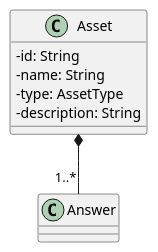
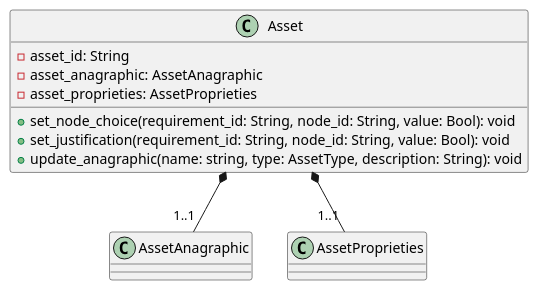
The diagram in src/PB/DocumentazioneEsterna/Specifica_Tecnica/content/uml/puml/Diagrammi_classi/Backend/Domain/Asset.puml (GroupRubberDuck/Documentazione), drawn with PlantUML before and after one commit. The commit also changed 13 other files, not shown here.

```diff
--- a/src/PB/DocumentazioneEsterna/Specifica_Tecnica/content/uml/puml/Diagrammi_classi/Backend/Domain/Asset.puml
+++ b/src/PB/DocumentazioneEsterna/Specifica_Tecnica/content/uml/puml/Diagrammi_classi/Backend/Domain/Asset.puml
@@ -1,14 +1,15 @@
 @startuml Asset
-skinparam linetype ortho
-skinparam classAttributeIconSize 0
 
 class Asset {
-    - id: String
-    - name: String
-    - type: AssetType
-    - description: String
+    - asset_id: String
+    - asset_anagraphic: AssetAnagraphic
+    - asset_proprieties: AssetProprieties
+    + set_node_choice(requirement_id: String, node_id: String, value: Bool): void
+    + set_justification(requirement_id: String, node_id: String, value: Bool): void
+    + update_anagraphic(name: string, type: AssetType, description: String): void
 }
 
-Asset *-- "1..*" Answer
+Asset *-- "1..1" AssetAnagraphic
+Asset *-- "1..1" AssetProprieties
 
 @enduml
```
